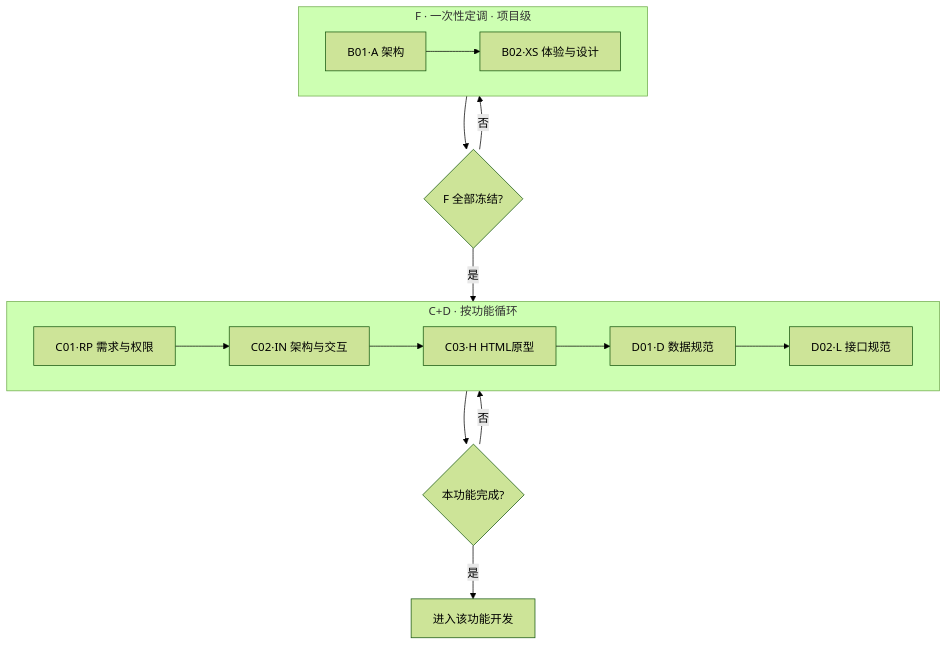
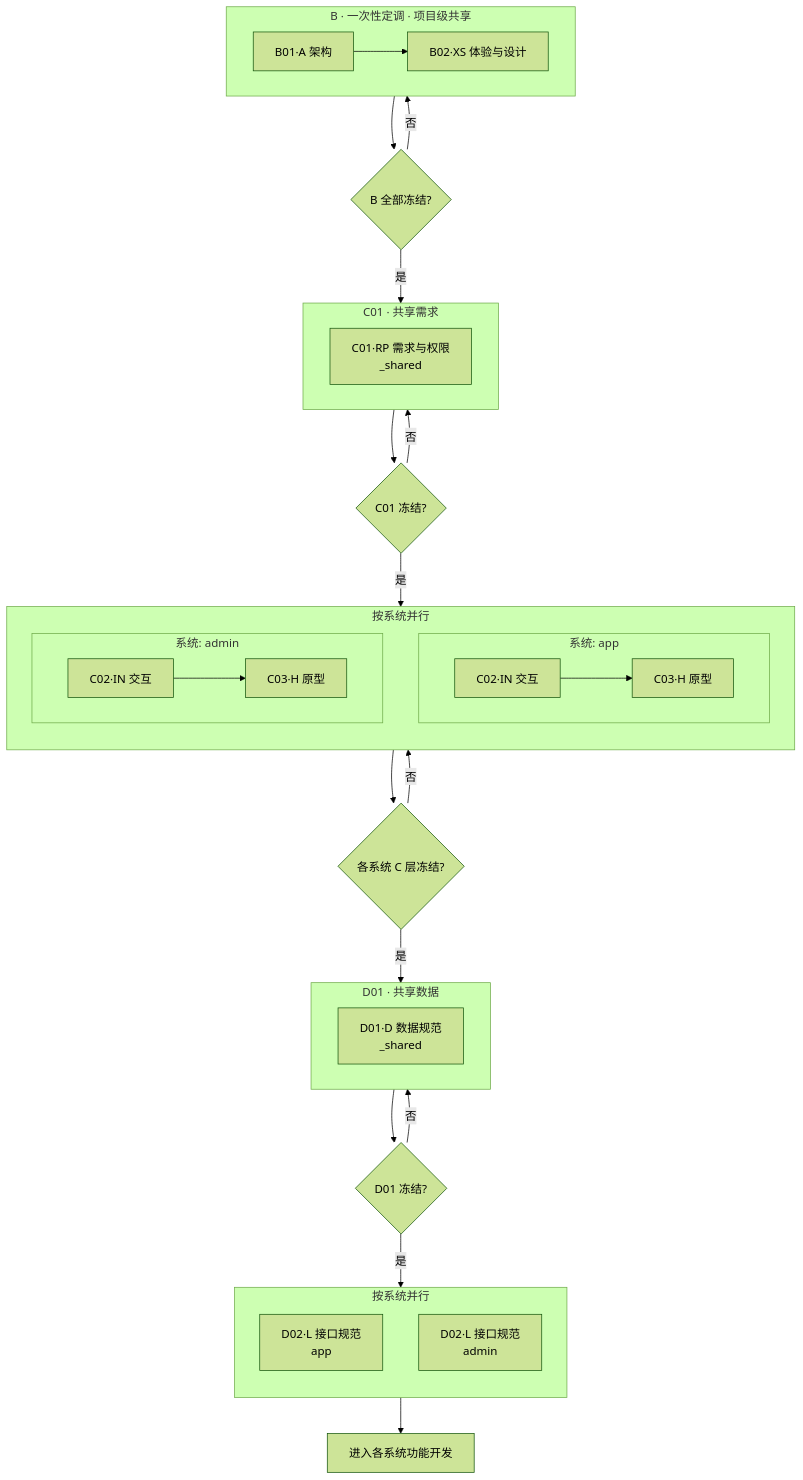
One commit to foryou2026/chinese changed the diagram in prompt/A-framework/A00-02-端到端工作流.md. Above: the diagram before and after it, drawn with Mermaid (forest theme). The commit also changed other lines of this file and 11 other files, not shown here.

````diff
--- a/prompt/A-framework/A00-02-端到端工作流.md
+++ b/prompt/A-framework/A00-02-端到端工作流.md
@@ -9,23 +9,51 @@
 ```mermaid
 flowchart TB
-  subgraph F[F · 一次性定调 · 项目级]
+  subgraph B[B · 一次性定调 · 项目级共享]
     direction LR
     A[B01·A 架构] --> XS[B02·XS 体验与设计]
   end
 
-  F --> FG{F 全部冻结?}
-  FG -->|否| F
-  FG -->|是| LOOP
+  B --> BG{B 全部冻结?}
+  BG -->|否| B
+  BG -->|是| SHARED_C
 
-  subgraph LOOP[C+D · 按功能循环]
-    direction LR
-    RP[C01·RP 需求与权限] --> IN[C02·IN 架构与交互]
-    IN --> H[C03·H HTML原型]
-    H --> D[D01·D 数据规范]
-    D --> L[D02·L 接口规范]
+  subgraph SHARED_C[C01 · 共享需求]
+    RP[C01·RP 需求与权限<br/>_shared]
   end
 
-  LOOP --> DONE{本功能完成?}
-  DONE -->|否| LOOP
-  DONE -->|是| DEV[进入该功能开发]
+  SHARED_C --> RPG{C01 冻结?}
+  RPG -->|否| SHARED_C
+  RPG -->|是| SURFACE
+
+  subgraph SURFACE[按系统并行]
+    direction TB
+    subgraph APP[系统: app]
+      direction LR
+      IN_A[C02·IN 交互] --> H_A[C03·H 原型]
+    end
+    subgraph ADMIN[系统: admin]
+      direction LR
+      IN_B[C02·IN 交互] --> H_B[C03·H 原型]
+    end
+  end
+
+  SURFACE --> CG{各系统 C 层冻结?}
+  CG -->|否| SURFACE
+  CG -->|是| SHARED_D
+
+  subgraph SHARED_D[D01 · 共享数据]
+    D[D01·D 数据规范<br/>_shared]
+  end
+
+  SHARED_D --> DG{D01 冻结?}
+  DG -->|否| SHARED_D
+  DG -->|是| SURFACE_D
+
+  subgraph SURFACE_D[按系统并行]
+    direction TB
+    L_A[D02·L 接口规范<br/>app]
+    L_B[D02·L 接口规范<br/>admin]
+  end
+
+  SURFACE_D --> DEV[进入各系统功能开发]
 ```
````
